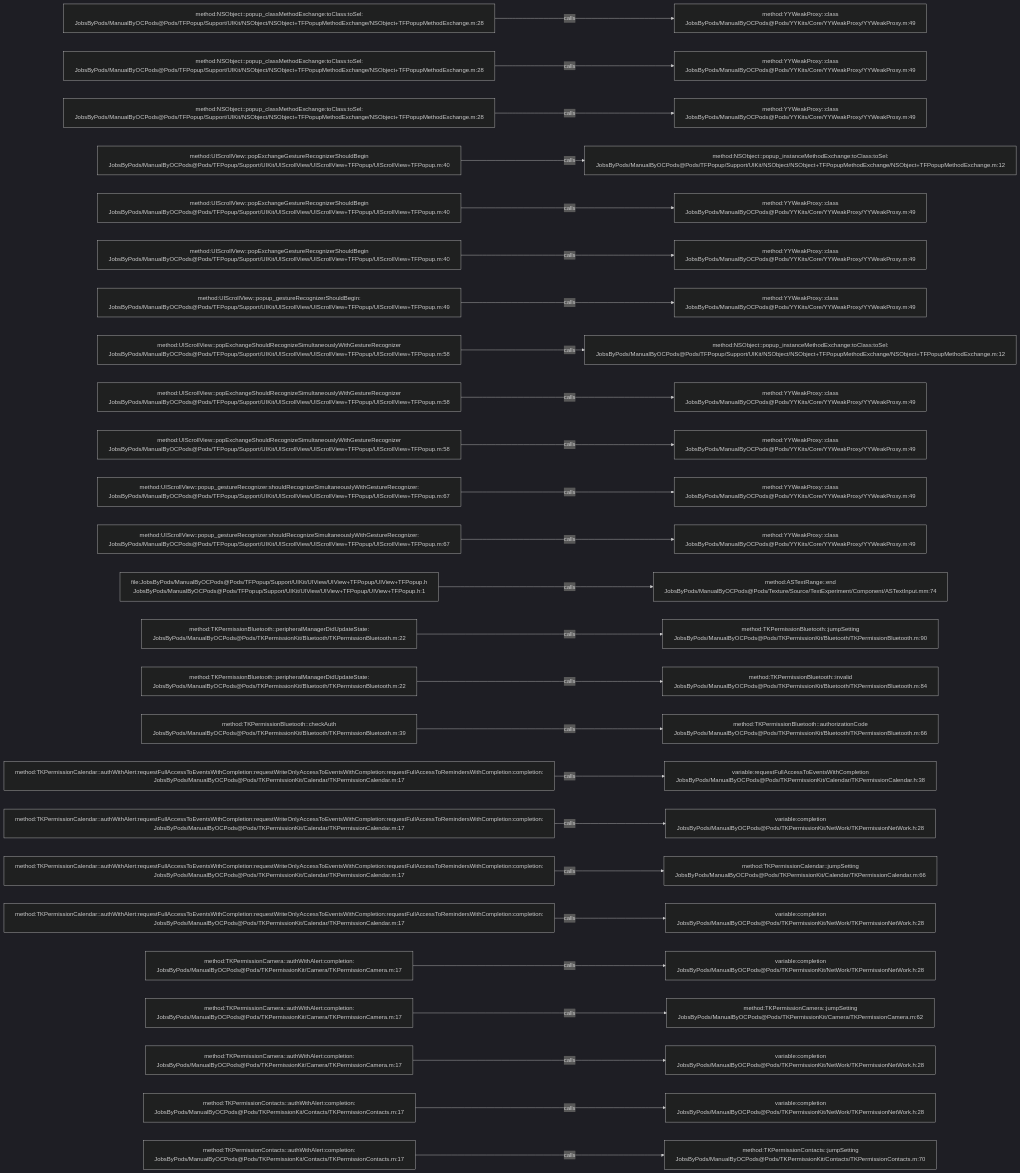
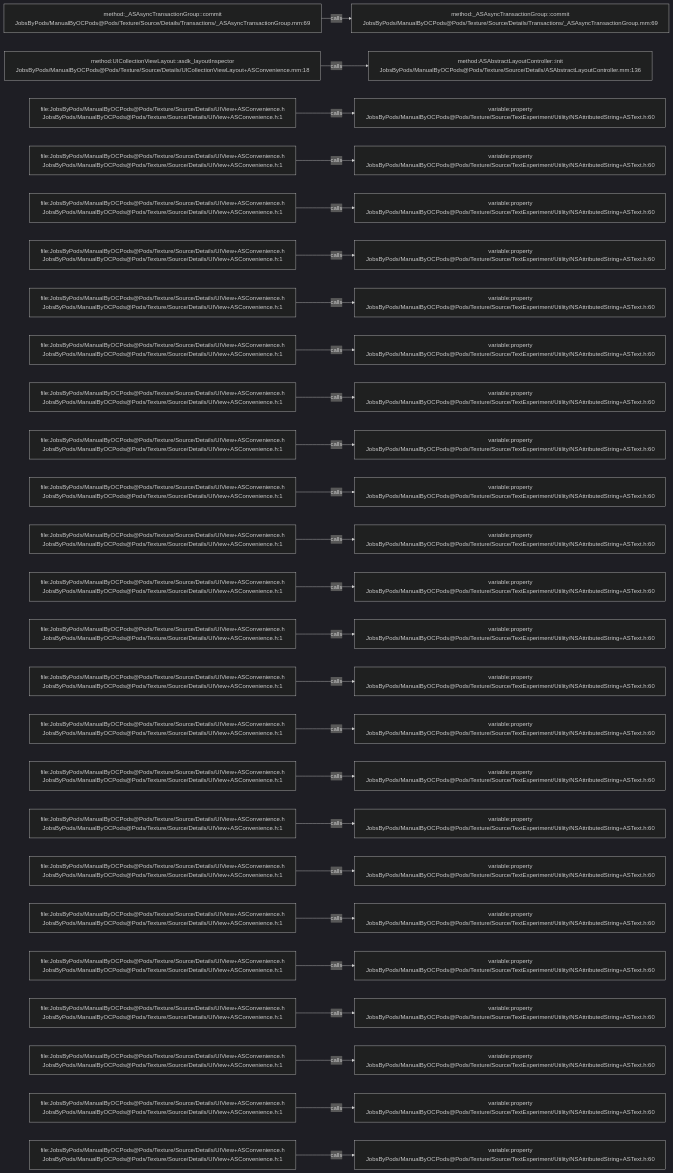
Before and after one commit to JobsKits/JobsOCBaseConfigDemo: the diagram in .codegraph/codegraph.md/graphs/calls-177.md, drawn with Mermaid (dark theme). The commit also changed 2162 other files, not shown here.

````diff
--- a/.codegraph/codegraph.md/graphs/calls-177.md
+++ b/.codegraph/codegraph.md/graphs/calls-177.md
@@ -13,78 +13,78 @@
 ```mermaid
 flowchart LR
-  S1["method:NSObject::popup_classMethodExchange:toClass:toSel:<br/>JobsByPods/ManualByOCPods@Pods/TFPopup/Support/UIKit/NSObject/NSObject+TFPopupMethodExchange/NSObject+TFPopupMethodExchange.m:28"]
-  T1["method:YYWeakProxy::class<br/>JobsByPods/ManualByOCPods@Pods/YYKits/Core/YYWeakProxy/YYWeakProxy.m:49"]
+  S1["method:_ASAsyncTransactionGroup::commit<br/>JobsByPods/ManualByOCPods@Pods/Texture/Source/Details/Transactions/_ASAsyncTransactionGroup.mm:69"]
+  T1["method:_ASAsyncTransactionGroup::commit<br/>JobsByPods/ManualByOCPods@Pods/Texture/Source/Details/Transactions/_ASAsyncTransactionGroup.mm:69"]
   S1 -->|calls| T1
-  S2["method:NSObject::popup_classMethodExchange:toClass:toSel:<br/>JobsByPods/ManualByOCPods@Pods/TFPopup/Support/UIKit/NSObject/NSObject+TFPopupMethodExchange/NSObject+TFPopupMethodExchange.m:28"]
-  T2["method:YYWeakProxy::class<br/>JobsByPods/ManualByOCPods@Pods/YYKits/Core/YYWeakProxy/YYWeakProxy.m:49"]
+  S2["method:UICollectionViewLayout::asdk_layoutInspector<br/>JobsByPods/ManualByOCPods@Pods/Texture/Source/Details/UICollectionViewLayout+ASConvenience.mm:18"]
+  T2["method:ASAbstractLayoutController::init<br/>JobsByPods/ManualByOCPods@Pods/Texture/Source/Details/ASAbstractLayoutController.mm:136"]
   S2 -->|calls| T2
-  S3["method:NSObject::popup_classMethodExchange:toClass:toSel:<br/>JobsByPods/ManualByOCPods@Pods/TFPopup/Support/UIKit/NSObject/NSObject+TFPopupMethodExchange/NSObject+TFPopupMethodExchange.m:28"]
-  T3["method:YYWeakProxy::class<br/>JobsByPods/ManualByOCPods@Pods/YYKits/Core/YYWeakProxy/YYWeakProxy.m:49"]
+  S3["file:JobsByPods/ManualByOCPods@Pods/Texture/Source/Details/UIView+ASConvenience.h<br/>JobsByPods/ManualByOCPods@Pods/Texture/Source/Details/UIView+ASConvenience.h:1"]
+  T3["variable:property<br/>JobsByPods/ManualByOCPods@Pods/Texture/Source/TextExperiment/Utility/NSAttributedString+ASText.h:60"]
   S3 -->|calls| T3
-  S4["method:UIScrollView::popExchangeGestureRecognizerShouldBegin<br/>JobsByPods/ManualByOCPods@Pods/TFPopup/Support/UIKit/UIScrollView/UIScrollView+TFPopup/UIScrollView+TFPopup.m:40"]
-  T4["method:NSObject::popup_instanceMethodExchange:toClass:toSel:<br/>JobsByPods/ManualByOCPods@Pods/TFPopup/Support/UIKit/NSObject/NSObject+TFPopupMethodExchange/NSObject+TFPopupMethodExchange.m:12"]
+  S4["file:JobsByPods/ManualByOCPods@Pods/Texture/Source/Details/UIView+ASConvenience.h<br/>JobsByPods/ManualByOCPods@Pods/Texture/Source/Details/UIView+ASConvenience.h:1"]
+  T4["variable:property<br/>JobsByPods/ManualByOCPods@Pods/Texture/Source/TextExperiment/Utility/NSAttributedString+ASText.h:60"]
   S4 -->|calls| T4
-  S5["method:UIScrollView::popExchangeGestureRecognizerShouldBegin<br/>JobsByPods/ManualByOCPods@Pods/TFPopup/Support/UIKit/UIScrollView/UIScrollView+TFPopup/UIScrollView+TFPopup.m:40"]
-  T5["method:YYWeakProxy::class<br/>JobsByPods/ManualByOCPods@Pods/YYKits/Core/YYWeakProxy/YYWeakProxy.m:49"]
+  S5["file:JobsByPods/ManualByOCPods@Pods/Texture/Source/Details/UIView+ASConvenience.h<br/>JobsByPods/ManualByOCPods@Pods/Texture/Source/Details/UIView+ASConvenience.h:1"]
+  T5["variable:property<br/>JobsByPods/ManualByOCPods@Pods/Texture/Source/TextExperiment/Utility/NSAttributedString+ASText.h:60"]
   S5 -->|calls| T5
-  S6["method:UIScrollView::popExchangeGestureRecognizerShouldBegin<br/>JobsByPods/ManualByOCPods@Pods/TFPopup/Support/UIKit/UIScrollView/UIScrollView+TFPopup/UIScrollView+TFPopup.m:40"]
-  T6["method:YYWeakProxy::class<br/>JobsByPods/ManualByOCPods@Pods/YYKits/Core/YYWeakProxy/YYWeakProxy.m:49"]
+  S6["file:JobsByPods/ManualByOCPods@Pods/Texture/Source/Details/UIView+ASConvenience.h<br/>JobsByPods/ManualByOCPods@Pods/Texture/Source/Details/UIView+ASConvenience.h:1"]
+  T6["variable:property<br/>JobsByPods/ManualByOCPods@Pods/Texture/Source/TextExperiment/Utility/NSAttributedString+ASText.h:60"]
   S6 -->|calls| T6
-  S7["method:UIScrollView::popup_gestureRecognizerShouldBegin:<br/>JobsByPods/ManualByOCPods@Pods/TFPopup/Support/UIKit/UIScrollView/UIScrollView+TFPopup/UIScrollView+TFPopup.m:49"]
-  T7["method:YYWeakProxy::class<br/>JobsByPods/ManualByOCPods@Pods/YYKits/Core/YYWeakProxy/YYWeakProxy.m:49"]
+  S7["file:JobsByPods/ManualByOCPods@Pods/Texture/Source/Details/UIView+ASConvenience.h<br/>JobsByPods/ManualByOCPods@Pods/Texture/Source/Details/UIView+ASConvenience.h:1"]
+  T7["variable:property<br/>JobsByPods/ManualByOCPods@Pods/Texture/Source/TextExperiment/Utility/NSAttributedString+ASText.h:60"]
   S7 -->|calls| T7
-  S8["method:UIScrollView::popExchangeShouldRecognizeSimultaneouslyWithGestureRecognizer<br/>JobsByPods/ManualByOCPods@Pods/TFPopup/Support/UIKit/UIScrollView/UIScrollView+TFPopup/UIScrollView+TFPopup.m:58"]
-  T8["method:NSObject::popup_instanceMethodExchange:toClass:toSel:<br/>JobsByPods/ManualByOCPods@Pods/TFPopup/Support/UIKit/NSObject/NSObject+TFPopupMethodExchange/NSObject+TFPopupMethodExchange.m:12"]
+  S8["file:JobsByPods/ManualByOCPods@Pods/Texture/Source/Details/UIView+ASConvenience.h<br/>JobsByPods/ManualByOCPods@Pods/Texture/Source/Details/UIView+ASConvenience.h:1"]
+  T8["variable:property<br/>JobsByPods/ManualByOCPods@Pods/Texture/Source/TextExperiment/Utility/NSAttributedString+ASText.h:60"]
   S8 -->|calls| T8
-  S9["method:UIScrollView::popExchangeShouldRecognizeSimultaneouslyWithGestureRecognizer<br/>JobsByPods/ManualByOCPods@Pods/TFPopup/Support/UIKit/UIScrollView/UIScrollView+TFPopup/UIScrollView+TFPopup.m:58"]
-  T9["method:YYWeakProxy::class<br/>JobsByPods/ManualByOCPods@Pods/YYKits/Core/YYWeakProxy/YYWeakProxy.m:49"]
+  S9["file:JobsByPods/ManualByOCPods@Pods/Texture/Source/Details/UIView+ASConvenience.h<br/>JobsByPods/ManualByOCPods@Pods/Texture/Source/Details/UIView+ASConvenience.h:1"]
+  T9["variable:property<br/>JobsByPods/ManualByOCPods@Pods/Texture/Source/TextExperiment/Utility/NSAttributedString+ASText.h:60"]
   S9 -->|calls| T9
-  S10["method:UIScrollView::popExchangeShouldRecognizeSimultaneouslyWithGestureRecognizer<br/>JobsByPods/ManualByOCPods@Pods/TFPopup/Support/UIKit/UIScrollView/UIScrollView+TFPopup/UIScrollView+TFPopup.m:58"]
-  T10["method:YYWeakProxy::class<br/>JobsByPods/ManualByOCPods@Pods/YYKits/Core/YYWeakProxy/YYWeakProxy.m:49"]
+  S10["file:JobsByPods/ManualByOCPods@Pods/Texture/Source/Details/UIView+ASConvenience.h<br/>JobsByPods/ManualByOCPods@Pods/Texture/Source/Details/UIView+ASConvenience.h:1"]
+  T10["variable:property<br/>JobsByPods/ManualByOCPods@Pods/Texture/Source/TextExperiment/Utility/NSAttributedString+ASText.h:60"]
   S10 -->|calls| T10
-  S11["method:UIScrollView::popup_gestureRecognizer:shouldRecognizeSimultaneouslyWithGestureRecognizer:<br/>JobsByPods/ManualByOCPods@Pods/TFPopup/Support/UIKit/UIScrollView/UIScrollView+TFPopup/UIScrollView+TFPopup.m:67"]
-  T11["method:YYWeakProxy::class<br/>JobsByPods/ManualByOCPods@Pods/YYKits/Core/YYWeakProxy/YYWeakProxy.m:49"]
+  S11["file:JobsByPods/ManualByOCPods@Pods/Texture/Source/Details/UIView+ASConvenience.h<br/>JobsByPods/ManualByOCPods@Pods/Texture/Source/Details/UIView+ASConvenience.h:1"]
+  T11["variable:property<br/>JobsByPods/ManualByOCPods@Pods/Texture/Source/TextExperiment/Utility/NSAttributedString+ASText.h:60"]
   S11 -->|calls| T11
-  S12["method:UIScrollView::popup_gestureRecognizer:shouldRecognizeSimultaneouslyWithGestureRecognizer:<br/>JobsByPods/ManualByOCPods@Pods/TFPopup/Support/UIKit/UIScrollView/UIScrollView+TFPopup/UIScrollView+TFPopup.m:67"]
-  T12["method:YYWeakProxy::class<br/>JobsByPods/ManualByOCPods@Pods/YYKits/Core/YYWeakProxy/YYWeakProxy.m:49"]
+  S12["file:JobsByPods/ManualByOCPods@Pods/Texture/Source/Details/UIView+ASConvenience.h<br/>JobsByPods/ManualByOCPods@Pods/Texture/Source/Details/UIView+ASConvenience.h:1"]
+  T12["variable:property<br/>JobsByPods/ManualByOCPods@Pods/Texture/Source/TextExperiment/Utility/NSAttributedString+ASText.h:60"]
   S12 -->|calls| T12
-  S13["file:JobsByPods/ManualByOCPods@Pods/TFPopup/Support/UIKit/UIView/UIView+TFPopup/UIView+TFPopup.h<br/>JobsByPods/ManualByOCPods@Pods/TFPopup/Support/UIKit/UIView/UIView+TFPopup/UIView+TFPopup.h:1"]
-  T13["method:ASTextRange::end<br/>JobsByPods/ManualByOCPods@Pods/Texture/Source/TextExperiment/Component/ASTextInput.mm:74"]
+  S13["file:JobsByPods/ManualByOCPods@Pods/Texture/Source/Details/UIView+ASConvenience.h<br/>JobsByPods/ManualByOCPods@Pods/Texture/Source/Details/UIView+ASConvenience.h:1"]
+  T13["variable:property<br/>JobsByPods/ManualByOCPods@Pods/Texture/Source/TextExperiment/Utility/NSAttributedString+ASText.h:60"]
   S13 -->|calls| T13
-  S14["method:TKPermissionBluetooth::peripheralManagerDidUpdateState:<br/>JobsByPods/ManualByOCPods@Pods/TKPermissionKit/Bluetooth/TKPermissionBluetooth.m:22"]
-  T14["method:TKPermissionBluetooth::jumpSetting<br/>JobsByPods/ManualByOCPods@Pods/TKPermissionKit/Bluetooth/TKPermissionBluetooth.m:90"]
+  S14["file:JobsByPods/ManualByOCPods@Pods/Texture/Source/Details/UIView+ASConvenience.h<br/>JobsByPods/ManualByOCPods@Pods/Texture/Source/Details/UIView+ASConvenience.h:1"]
+  T14["variable:property<br/>JobsByPods/ManualByOCPods@Pods/Texture/Source/TextExperiment/Utility/NSAttributedString+ASText.h:60"]
   S14 -->|calls| T14
-  S15["method:TKPermissionBluetooth::peripheralManagerDidUpdateState:<br/>JobsByPods/ManualByOCPods@Pods/TKPermissionKit/Bluetooth/TKPermissionBluetooth.m:22"]
-  T15["method:TKPermissionBluetooth::invalid<br/>JobsByPods/ManualByOCPods@Pods/TKPermissionKit/Bluetooth/TKPermissionBluetooth.m:84"]
+  S15["file:JobsByPods/ManualByOCPods@Pods/Texture/Source/Details/UIView+ASConvenience.h<br/>JobsByPods/ManualByOCPods@Pods/Texture/Source/Details/UIView+ASConvenience.h:1"]
+  T15["variable:property<br/>JobsByPods/ManualByOCPods@Pods/Texture/Source/TextExperiment/Utility/NSAttributedString+ASText.h:60"]
   S15 -->|calls| T15
-  S16["method:TKPermissionBluetooth::checkAuth<br/>JobsByPods/ManualByOCPods@Pods/TKPermissionKit/Bluetooth/TKPermissionBluetooth.m:39"]
-  T16["method:TKPermissionBluetooth::authorizationCode<br/>JobsByPods/ManualByOCPods@Pods/TKPermissionKit/Bluetooth/TKPermissionBluetooth.m:66"]
+  S16["file:JobsByPods/ManualByOCPods@Pods/Texture/Source/Details/UIView+ASConvenience.h<br/>JobsByPods/ManualByOCPods@Pods/Texture/Source/Details/UIView+ASConvenience.h:1"]
+  T16["variable:property<br/>JobsByPods/ManualByOCPods@Pods/Texture/Source/TextExperiment/Utility/NSAttributedString+ASText.h:60"]
   S16 -->|calls| T16
-  S17["method:TKPermissionCalendar::authWithAlert:requestFullAccessToEventsWithCompletion:requestWriteOnlyAccessToEventsWithCompletion:requestFullAccessToRemindersWithCompletion:completion:<br/>JobsByPods/ManualByOCPods@Pods/TKPermissionKit/Calendar/TKPermissionCalendar.m:17"]
-  T17["variable:requestFullAccessToEventsWithCompletion<br/>JobsByPods/ManualByOCPods@Pods/TKPermissionKit/Calendar/TKPermissionCalendar.h:38"]
+  S17["file:JobsByPods/ManualByOCPods@Pods/Texture/Source/Details/UIView+ASConvenience.h<br/>JobsByPods/ManualByOCPods@Pods/Texture/Source/Details/UIView+ASConvenience.h:1"]
+  T17["variable:property<br/>JobsByPods/ManualByOCPods@Pods/Texture/Source/TextExperiment/Utility/NSAttributedString+ASText.h:60"]
   S17 -->|calls| T17
-  S18["method:TKPermissionCalendar::authWithAlert:requestFullAccessToEventsWithCompletion:requestWriteOnlyAccessToEventsWithCompletion:requestFullAccessToRemindersWithCompletion:completion:<br/>JobsByPods/ManualByOCPods@Pods/TKPermissionKit/Calendar/TKPermissionCalendar.m:17"]
-  T18["variable:completion<br/>JobsByPods/ManualByOCPods@Pods/TKPermissionKit/NetWork/TKPermissionNetWork.h:28"]
+  S18["file:JobsByPods/ManualByOCPods@Pods/Texture/Source/Details/UIView+ASConvenience.h<br/>JobsByPods/ManualByOCPods@Pods/Texture/Source/Details/UIView+ASConvenience.h:1"]
+  T18["variable:property<br/>JobsByPods/ManualByOCPods@Pods/Texture/Source/TextExperiment/Utility/NSAttributedString+ASText.h:60"]
   S18 -->|calls| T18
-  S19["method:TKPermissionCalendar::authWithAlert:requestFullAccessToEventsWithCompletion:requestWriteOnlyAccessToEventsWithCompletion:requestFullAccessToRemindersWithCompletion:completion:<br/>JobsByPods/ManualByOCPods@Pods/TKPermissionKit/Calendar/TKPermissionCalendar.m:17"]
-  T19["method:TKPermissionCalendar::jumpSetting<br/>JobsByPods/ManualByOCPods@Pods/TKPermissionKit/Calendar/TKPermissionCalendar.m:66"]
+  S19["file:JobsByPods/ManualByOCPods@Pods/Texture/Source/Details/UIView+ASConvenience.h<br/>JobsByPods/ManualByOCPods@Pods/Texture/Source/Details/UIView+ASConvenience.h:1"]
+  T19["variable:property<br/>JobsByPods/ManualByOCPods@Pods/Texture/Source/TextExperiment/Utility/NSAttributedString+ASText.h:60"]
   S19 -->|calls| T19
-  S20["method:TKPermissionCalendar::authWithAlert:requestFullAccessToEventsWithCompletion:requestWriteOnlyAccessToEventsWithCompletion:requestFullAccessToRemindersWithCompletion:completion:<br/>JobsByPods/ManualByOCPods@Pods/TKPermissionKit/Calendar/TKPermissionCalendar.m:17"]
-  T20["variable:completion<br/>JobsByPods/ManualByOCPods@Pods/TKPermissionKit/NetWork/TKPermissionNetWork.h:28"]
+  S20["file:JobsByPods/ManualByOCPods@Pods/Texture/Source/Details/UIView+ASConvenience.h<br/>JobsByPods/ManualByOCPods@Pods/Texture/Source/Details/UIView+ASConvenience.h:1"]
+  T20["variable:property<br/>JobsByPods/ManualByOCPods@Pods/Texture/Source/TextExperiment/Utility/NSAttributedString+ASText.h:60"]
   S20 -->|calls| T20
-  S21["method:TKPermissionCamera::authWithAlert:completion:<br/>JobsByPods/ManualByOCPods@Pods/TKPermissionKit/Camera/TKPermissionCamera.m:17"]
-  T21["variable:completion<br/>JobsByPods/ManualByOCPods@Pods/TKPermissionKit/NetWork/TKPermissionNetWork.h:28"]
+  S21["file:JobsByPods/ManualByOCPods@Pods/Texture/Source/Details/UIView+ASConvenience.h<br/>JobsByPods/ManualByOCPods@Pods/Texture/Source/Details/UIView+ASConvenience.h:1"]
+  T21["variable:property<br/>JobsByPods/ManualByOCPods@Pods/Texture/Source/TextExperiment/Utility/NSAttributedString+ASText.h:60"]
   S21 -->|calls| T21
-  S22["method:TKPermissionCamera::authWithAlert:completion:<br/>JobsByPods/ManualByOCPods@Pods/TKPermissionKit/Camera/TKPermissionCamera.m:17"]
-  T22["method:TKPermissionCamera::jumpSetting<br/>JobsByPods/ManualByOCPods@Pods/TKPermissionKit/Camera/TKPermissionCamera.m:62"]
+  S22["file:JobsByPods/ManualByOCPods@Pods/Texture/Source/Details/UIView+ASConvenience.h<br/>JobsByPods/ManualByOCPods@Pods/Texture/Source/Details/UIView+ASConvenience.h:1"]
+  T22["variable:property<br/>JobsByPods/ManualByOCPods@Pods/Texture/Source/TextExperiment/Utility/NSAttributedString+ASText.h:60"]
   S22 -->|calls| T22
-  S23["method:TKPermissionCamera::authWithAlert:completion:<br/>JobsByPods/ManualByOCPods@Pods/TKPermissionKit/Camera/TKPermissionCamera.m:17"]
-  T23["variable:completion<br/>JobsByPods/ManualByOCPods@Pods/TKPermissionKit/NetWork/TKPermissionNetWork.h:28"]
+  S23["file:JobsByPods/ManualByOCPods@Pods/Texture/Source/Details/UIView+ASConvenience.h<br/>JobsByPods/ManualByOCPods@Pods/Texture/Source/Details/UIView+ASConvenience.h:1"]
+  T23["variable:property<br/>JobsByPods/ManualByOCPods@Pods/Texture/Source/TextExperiment/Utility/NSAttributedString+ASText.h:60"]
   S23 -->|calls| T23
-  S24["method:TKPermissionContacts::authWithAlert:completion:<br/>JobsByPods/ManualByOCPods@Pods/TKPermissionKit/Contacts/TKPermissionContacts.m:17"]
-  T24["variable:completion<br/>JobsByPods/ManualByOCPods@Pods/TKPermissionKit/NetWork/TKPermissionNetWork.h:28"]
+  S24["file:JobsByPods/ManualByOCPods@Pods/Texture/Source/Details/UIView+ASConvenience.h<br/>JobsByPods/ManualByOCPods@Pods/Texture/Source/Details/UIView+ASConvenience.h:1"]
+  T24["variable:property<br/>JobsByPods/ManualByOCPods@Pods/Texture/Source/TextExperiment/Utility/NSAttributedString+ASText.h:60"]
   S24 -->|calls| T24
-  S25["method:TKPermissionContacts::authWithAlert:completion:<br/>JobsByPods/ManualByOCPods@Pods/TKPermissionKit/Contacts/TKPermissionContacts.m:17"]
-  T25["method:TKPermissionContacts::jumpSetting<br/>JobsByPods/ManualByOCPods@Pods/TKPermissionKit/Contacts/TKPermissionContacts.m:70"]
+  S25["file:JobsByPods/ManualByOCPods@Pods/Texture/Source/Details/UIView+ASConvenience.h<br/>JobsByPods/ManualByOCPods@Pods/Texture/Source/Details/UIView+ASConvenience.h:1"]
+  T25["variable:property<br/>JobsByPods/ManualByOCPods@Pods/Texture/Source/TextExperiment/Utility/NSAttributedString+ASText.h:60"]
   S25 -->|calls| T25
 ```
````
